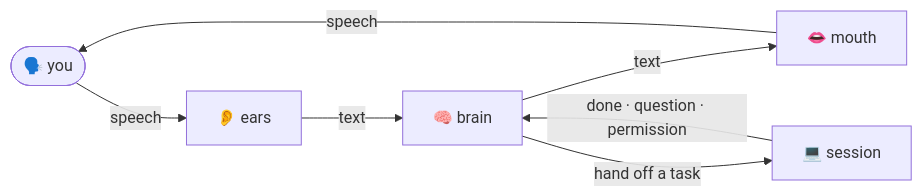
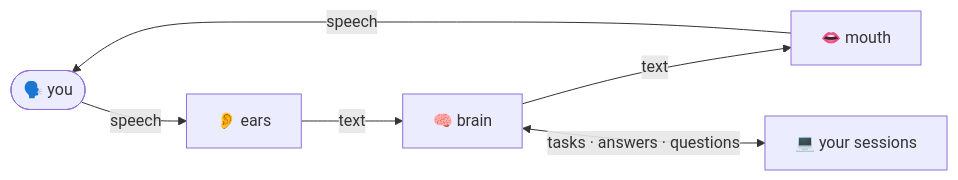
One commit to ActurialCapital/claudio changed the first of 2 diagrams in README.md. Above: the diagram before and after it, drawn with Mermaid. The commit also changed other lines of this file and 2 other files, not shown here.

````diff
--- a/README.md
+++ b/README.md
@@ -32,9 +43,8 @@
 ```mermaid
 flowchart LR
     you(["🗣️ you"]) -->|speech| ears["👂 ears"]
     ears -->|text| brain["🧠 brain"]
     brain -->|text| mouth["👄 mouth"]
     mouth -->|speech| you
-    brain -->|"hand off a task"| s1["💻 session"]
-    s1 -->|"done · question · permission"| brain
+    brain <-->|"tasks · answers · questions"| s["💻 your sessions"]
 ```
````
